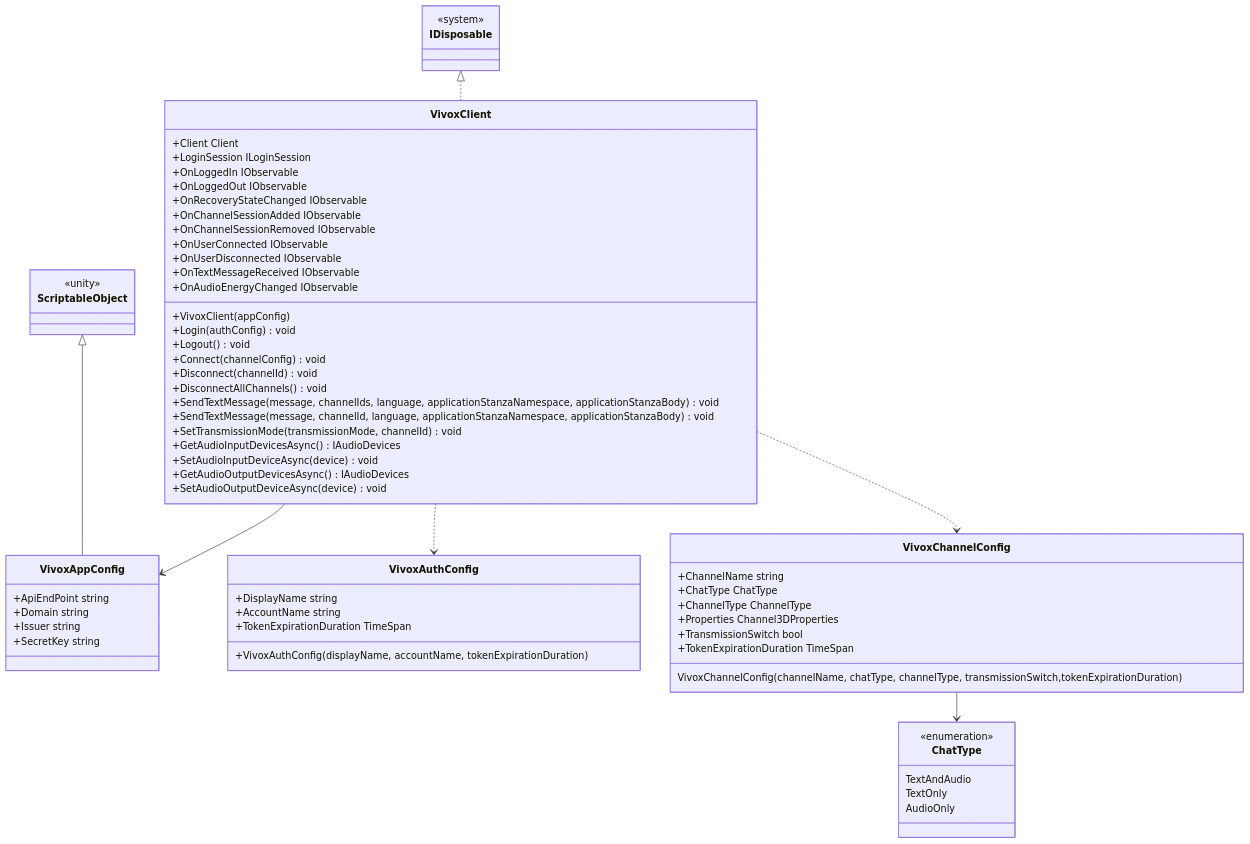
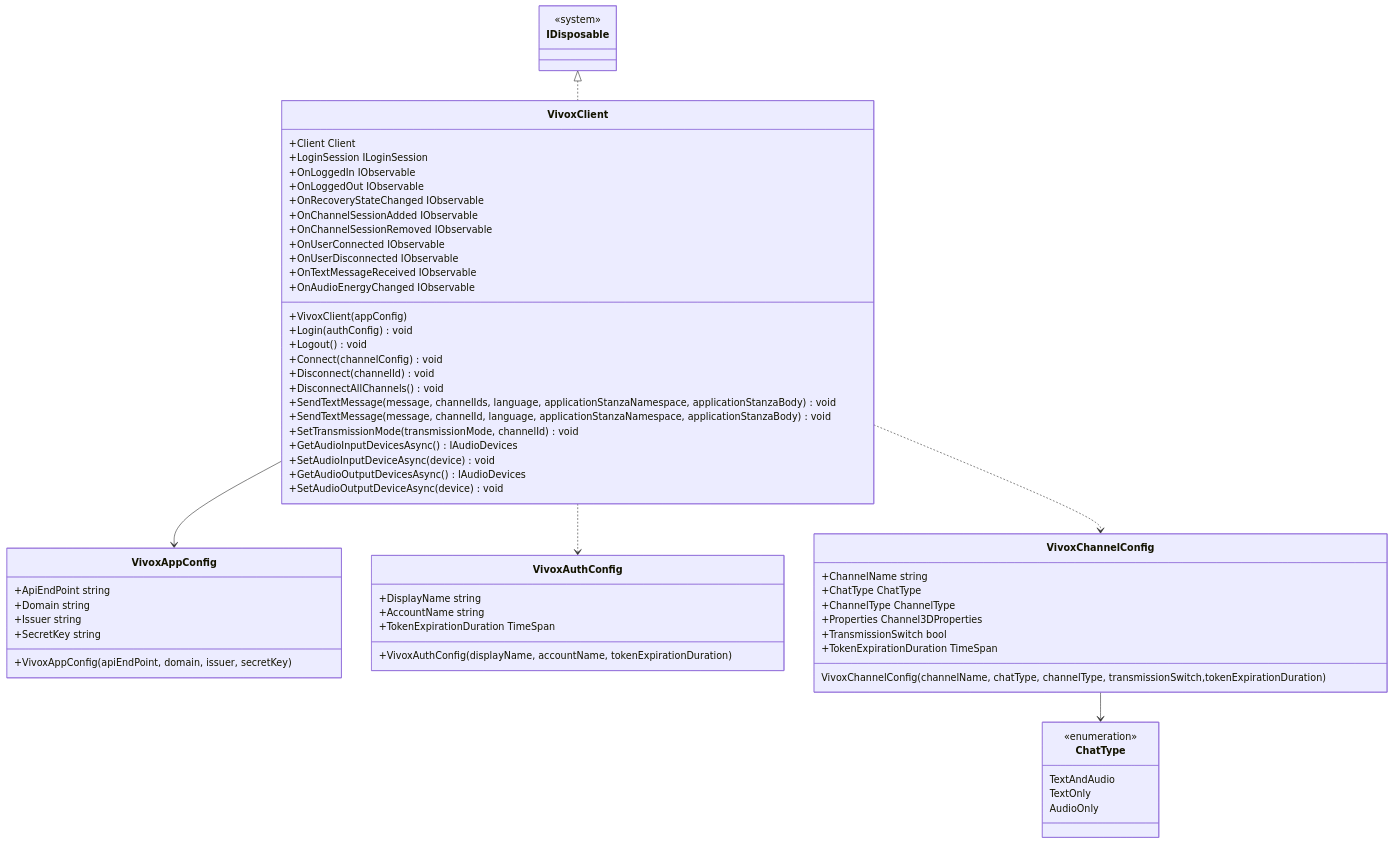
Before and after one commit to extreal-dev/Extreal.Guide: the diagram in docs/integration/chat.vivox.md, drawn with Mermaid. The commit also changed other lines of this file, not shown here.

Commit message:
VivoxAppConfigに合わせてVivoxの説明を見直し

````diff
--- a/docs/integration/chat.vivox.md
+++ b/docs/integration/chat.vivox.md
@@ -40,76 +40,72 @@
 ```mermaid
 classDiagram
 
     VivoxClient --> VivoxAppConfig
     VivoxClient ..> VivoxAuthConfig
     VivoxClient ..> VivoxChannelConfig
     VivoxChannelConfig --> ChatType
-    ScriptableObject <|-- VivoxAppConfig
     IDisposable <|.. VivoxClient
 
     class VivoxClient {
         +Client Client
         +LoginSession ILoginSession
         +OnLoggedIn IObservable
         +OnLoggedOut IObservable
         +OnRecoveryStateChanged IObservable
         +OnChannelSessionAdded IObservable
         +OnChannelSessionRemoved IObservable
         +OnUserConnected IObservable
         +OnUserDisconnected IObservable
         +OnTextMessageReceived IObservable
         +OnAudioEnergyChanged IObservable
         +VivoxClient(appConfig)
         +Login(authConfig) void
         +Logout() void
         +Connect(channelConfig) void
         +Disconnect(channelId) void
         +DisconnectAllChannels() void
         +SendTextMessage(message, channelIds, language, applicationStanzaNamespace, applicationStanzaBody) void
         +SendTextMessage(message, channelId, language, applicationStanzaNamespace, applicationStanzaBody) void
         +SetTransmissionMode(transmissionMode, channelId) void
         +GetAudioInputDevicesAsync() IAudioDevices
         +SetAudioInputDeviceAsync(device) void
         +GetAudioOutputDevicesAsync() IAudioDevices
         +SetAudioOutputDeviceAsync(device) void
     }
 
     class VivoxAppConfig {
         +ApiEndPoint string
         +Domain string
         +Issuer string
         +SecretKey string
+        +VivoxAppConfig(apiEndPoint, domain, issuer, secretKey)
     }
 
     class VivoxAuthConfig {
         +DisplayName string
         +AccountName string
         +TokenExpirationDuration TimeSpan
         +VivoxAuthConfig(displayName, accountName,  tokenExpirationDuration)
     }
 
     class ChatType {
         <<enumeration>>
         TextAndAudio
         TextOnly
         AudioOnly
     }
 
     class VivoxChannelConfig {
         +ChannelName string
         +ChatType ChatType
         +ChannelType ChannelType
         +Properties Channel3DProperties
         +TransmissionSwitch bool
         +TokenExpirationDuration TimeSpan
         VivoxChannelConfig(channelName, chatType, channelType, transmissionSwitch,tokenExpirationDuration)
     }
 
-    class ScriptableObject {
-        <<unity>>
-    }
-
     class IDisposable {
         <<system>>
     }
 ```
````
